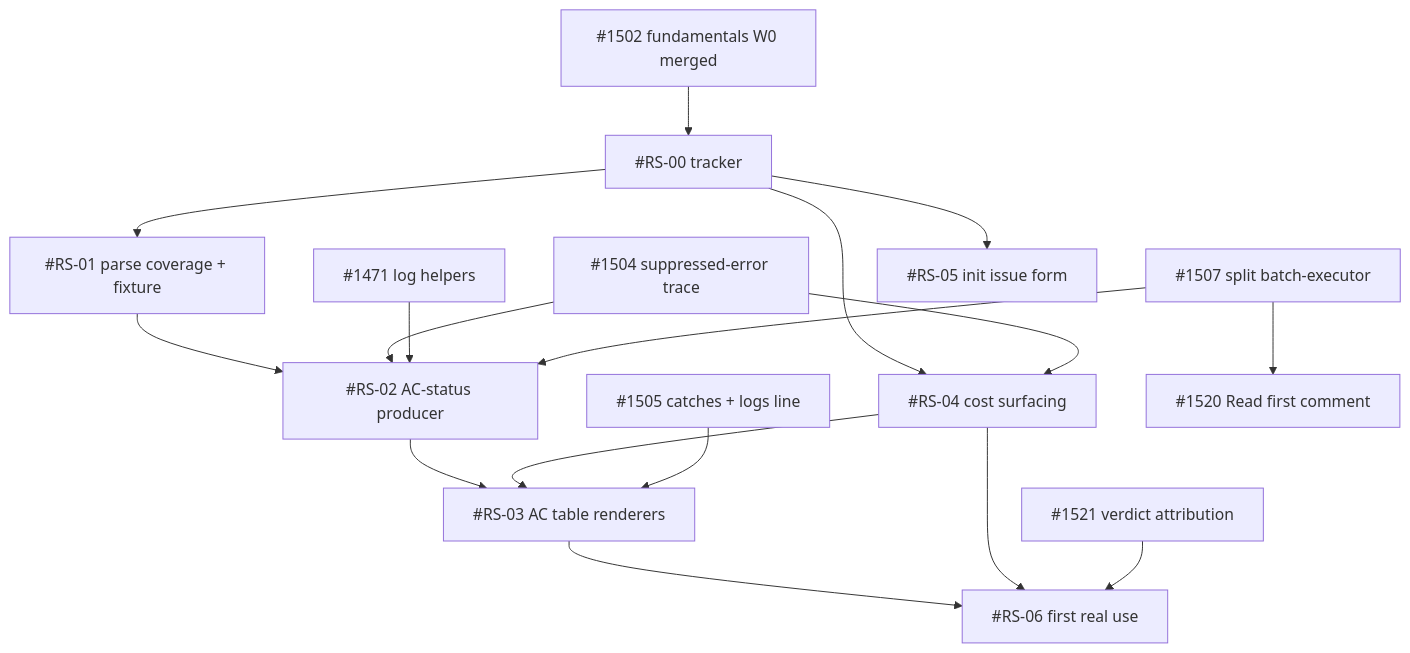
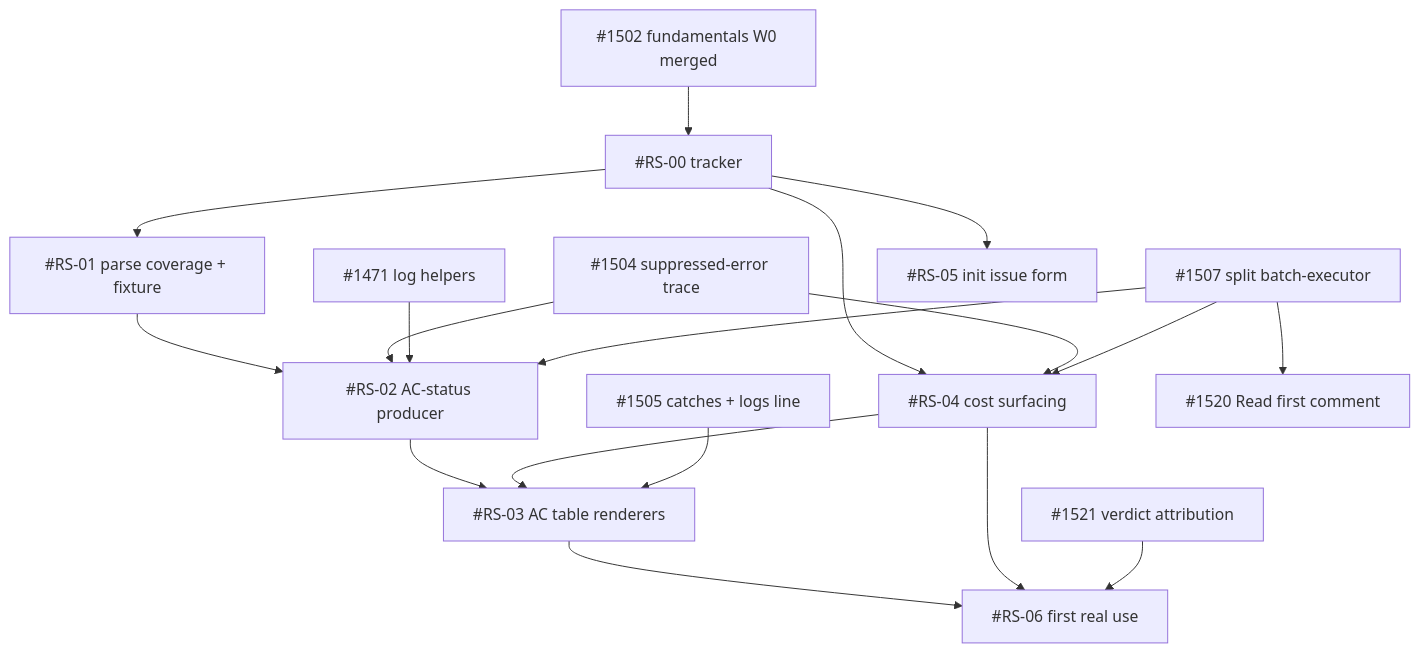
The diagram in docs/internal/graph-2026-10-review-surface/issue-graph.md (sequant-io/sequant), drawn with Mermaid before and after one commit. The commit also changed other lines of this file and 6 other files, not shown here.

````diff
--- a/docs/internal/graph-2026-10-review-surface/issue-graph.md
+++ b/docs/internal/graph-2026-10-review-surface/issue-graph.md
@@ -20,33 +20,34 @@
 ```mermaid
 graph TD
     F0[#1502 fundamentals W0 merged]
     F4[#1504 suppressed-error trace]
     X1[#1471 log helpers]
     X5[#1505 catches + logs line]
     X7[#1507 split batch-executor]
     T[#RS-00 tracker]
     S1[#RS-01 parse coverage + fixture]
     S2[#RS-02 AC-status producer]
     S3[#RS-03 AC table renderers]
     S4[#RS-04 cost surfacing]
     S5[#RS-05 init issue form]
     A[#1521 verdict attribution]
     R[#1520 Read first comment]
     S6[#RS-06 first real use]
     F0 --> T
     T --> S1
     T --> S4
     T --> S5
     S1 --> S2
     F4 --> S2
     X1 --> S2
     X7 --> S2
     F4 --> S4
+    X7 --> S4
     S2 --> S3
     S4 --> S3
     X5 --> S3
     X7 --> R
     S3 --> S6
     S4 --> S6
     A --> S6
 ```
````
